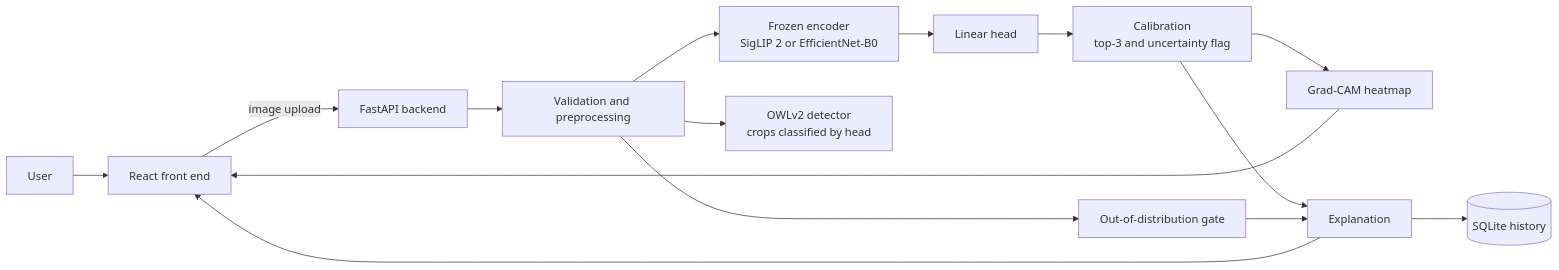
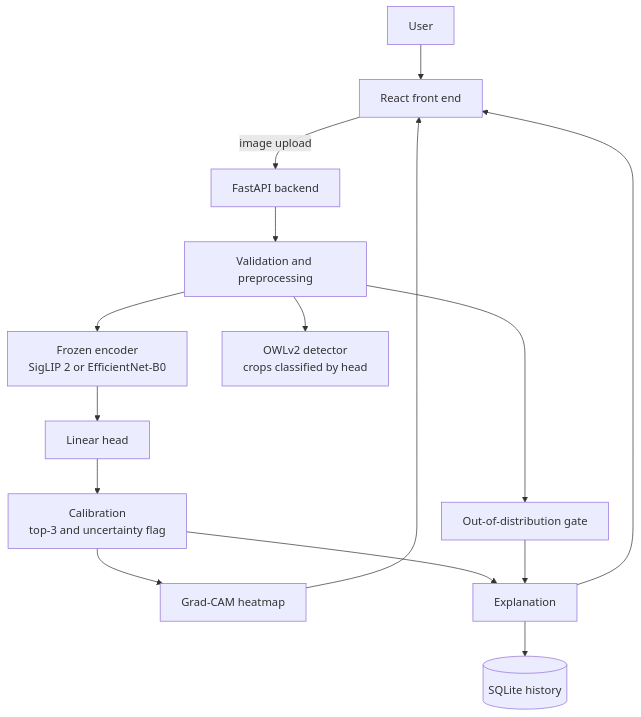
Before and after one commit to ShaunT06/astra-vision: the diagram in README.md, drawn with Mermaid.

Commit message:
Make architecture diagram vertical

````diff
--- a/README.md
+++ b/README.md
@@ -25,17 +25,17 @@
 ```mermaid
-flowchart LR
+flowchart TD
     U[User] --> FE[React front end]
     FE -->|image upload| API[FastAPI backend]
     API --> V[Validation and preprocessing]
     V --> ENC[Frozen encoder<br/>SigLIP 2 or EfficientNet-B0]
     ENC --> H[Linear head]
     H --> CAL[Calibration<br/>top-3 and uncertainty flag]
     V --> OOD[Out-of-distribution gate]
     V --> DET[OWLv2 detector<br/>crops classified by head]
     CAL --> XAI[Grad-CAM heatmap]
     CAL --> EXP[Explanation]
     OOD --> EXP
     EXP --> DB[(SQLite history)]
     XAI --> FE
     EXP --> FE
 ```
````
